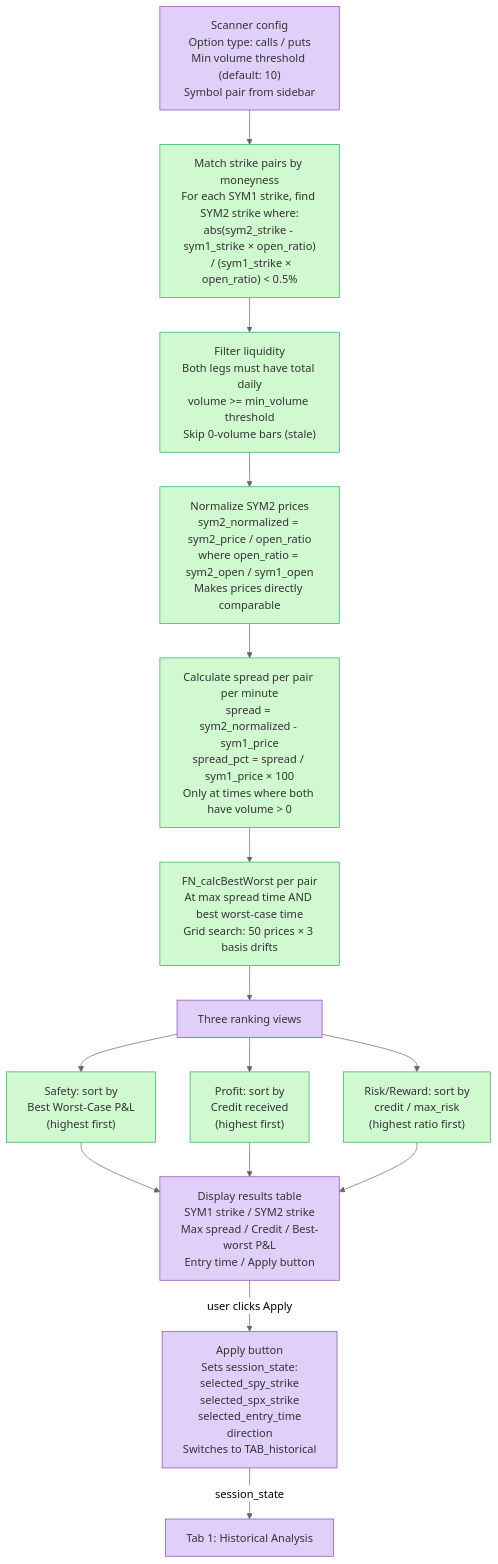
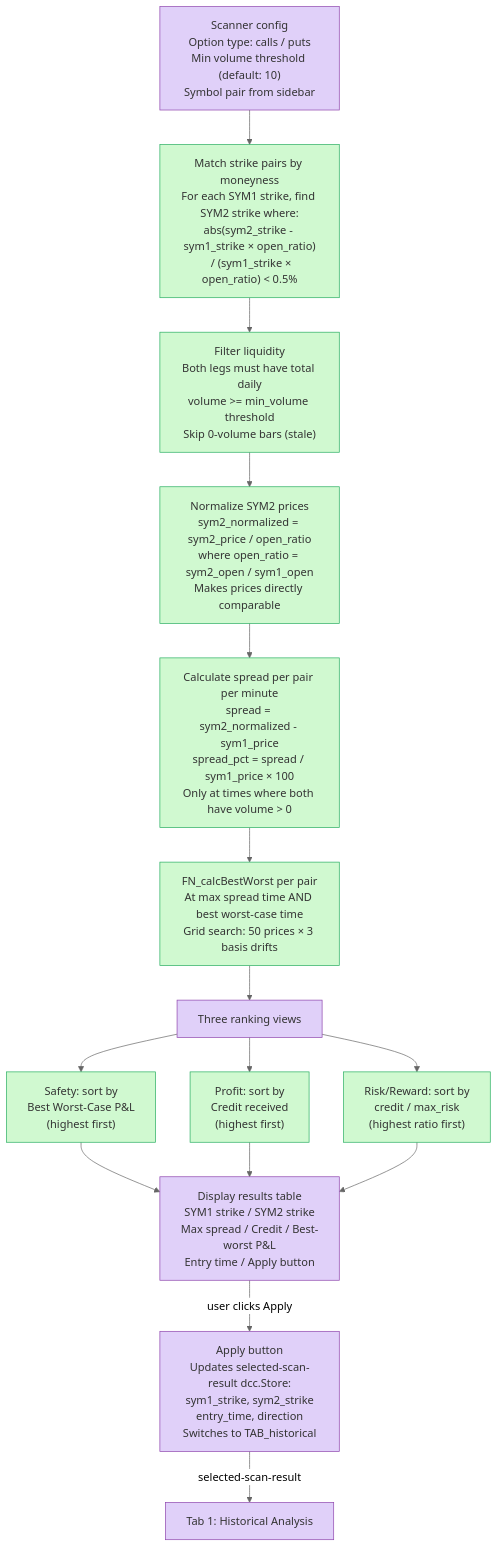
One commit to johnnyohwishingtree/optionsarbitrage changed the diagram in docs/architecture/flow-strike-scanner.mmd. Above: the diagram before and after it, drawn with Mermaid (neutral theme). The commit also changed 25 other files, not shown here.

```diff
--- a/docs/architecture/flow-strike-scanner.mmd
+++ b/docs/architecture/flow-strike-scanner.mmd
@@ -1,47 +1,47 @@
 %% Flow: Strike Scanner (Tab 5)
 %% Updated: 2026-02-13
 
 flowchart TD
     CONFIG["Scanner config\nOption type: calls / puts\nMin volume threshold (default: 10)\nSymbol pair from sidebar"]:::tab
 
     MATCH["Match strike pairs by moneyness\nFor each SYM1 strike, find SYM2 strike where:\nabs(sym2_strike - sym1_strike × open_ratio)\n  / (sym1_strike × open_ratio) < 0.5%"]:::function
 
     FILTER_LIQ["Filter liquidity\nBoth legs must have total daily\nvolume >= min_volume threshold\nSkip 0-volume bars (stale)"]:::function
 
     NORMALIZE["Normalize SYM2 prices\nsym2_normalized = sym2_price / open_ratio\nwhere open_ratio = sym2_open / sym1_open\nMakes prices directly comparable"]:::function
 
     CALC_SPREAD["Calculate spread per pair per minute\nspread = sym2_normalized - sym1_price\nspread_pct = spread / sym1_price × 100\nOnly at times where both have volume > 0"]:::function
 
     BEST_WORST_SCAN["FN_calcBestWorst per pair\nAt max spread time AND best worst-case time\nGrid search: 50 prices × 3 basis drifts"]:::function
 
     RANK_TABS["Three ranking views"]:::tab
 
     RANK_SAFETY["Safety: sort by\nBest Worst-Case P&L\n(highest first)"]:::function
     RANK_PROFIT["Profit: sort by\nCredit received\n(highest first)"]:::function
     RANK_RR["Risk/Reward: sort by\ncredit / max_risk\n(highest ratio first)"]:::function
 
     RESULTS["Display results table\nSYM1 strike / SYM2 strike\nMax spread / Credit / Best-worst P&L\nEntry time / Apply button"]:::tab
 
-    APPLY["Apply button\nSets session_state:\nselected_spy_strike\nselected_spx_strike\nselected_entry_time\ndirection\nSwitches to TAB_historical"]:::tab
+    APPLY["Apply button\nUpdates selected-scan-result dcc.Store:\nsym1_strike, sym2_strike\nentry_time, direction\nSwitches to TAB_historical"]:::tab
 
     CONFIG --> MATCH
     MATCH --> FILTER_LIQ
     FILTER_LIQ --> NORMALIZE
     NORMALIZE --> CALC_SPREAD
     CALC_SPREAD --> BEST_WORST_SCAN
     BEST_WORST_SCAN --> RANK_TABS
     RANK_TABS --> RANK_SAFETY
     RANK_TABS --> RANK_PROFIT
     RANK_TABS --> RANK_RR
     RANK_SAFETY --> RESULTS
     RANK_PROFIT --> RESULTS
     RANK_RR --> RESULTS
     RESULTS -->|"user clicks Apply"| APPLY
-    APPLY -->|"session_state"| TAB_historical["Tab 1: Historical Analysis"]:::tab
+    APPLY -->|"selected-scan-result"| TAB_historical["Tab 1: Historical Analysis"]:::tab
 
     %% Style definitions
     classDef external  fill:#f9d0d0,stroke:#c0392b,color:#333
     classDef module    fill:#d0e0f9,stroke:#2471a3,color:#333
     classDef function  fill:#d0f9d0,stroke:#27ae60,color:#333
     classDef data      fill:#f9e4d0,stroke:#e67e22,color:#333
     classDef tab       fill:#e0d0f9,stroke:#8e44ad,color:#333
```
